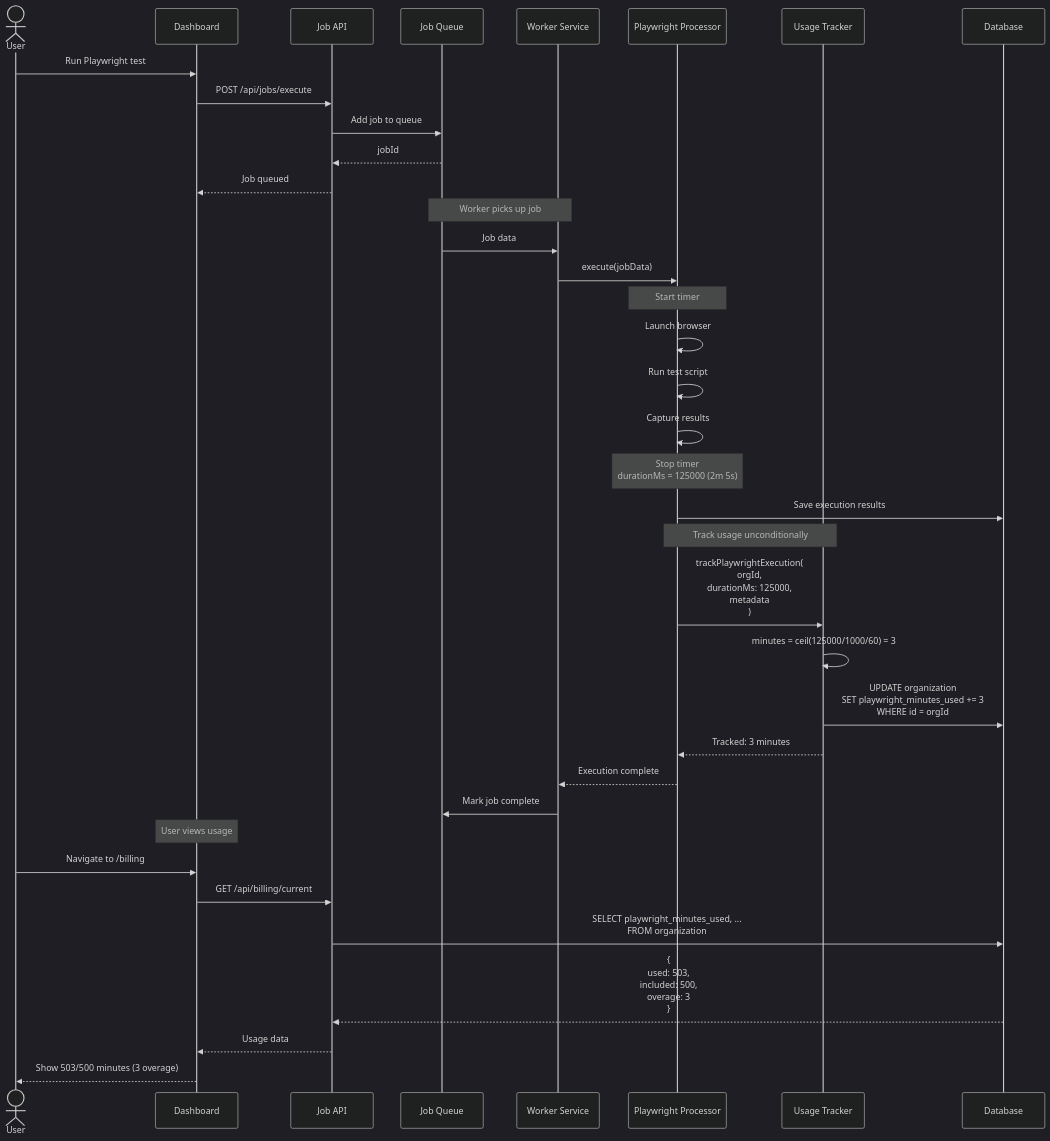
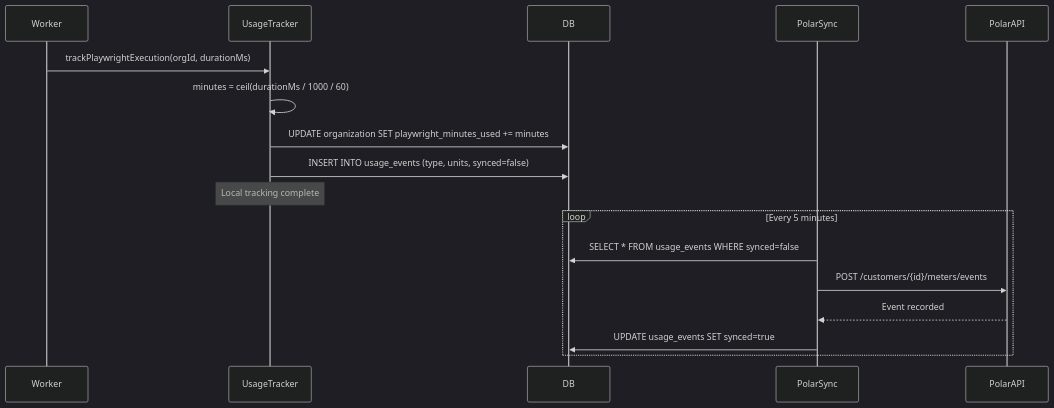
The fourth of 7 diagrams in specs/08-operations/POLAR_BILLING_INTEGRATION.md (supercheck-io/supercheck), drawn with Mermaid (dark theme) before and after one commit. The commit also changed other lines of this file and 36 other files, not shown here.

First line of the commit message:
refactor: Standardize K6 usage tracking from VU-hours to VU-minutes and add usage sync endpoint

````diff
--- a/specs/08-operations/POLAR_BILLING_INTEGRATION.md
+++ b/specs/08-operations/POLAR_BILLING_INTEGRATION.md
@@ -411,51 +933,21 @@
 ```mermaid
 sequenceDiagram
-    actor User
-    participant UI as Dashboard
-    participant API as Job API
-    participant Queue as Job Queue
-    participant Worker as Worker Service
-    participant PWProc as Playwright Processor
-    participant UsageTracker as Usage Tracker
-    participant DB as Database
+    participant Worker
+    participant UsageTracker
+    participant DB
+    participant PolarSync
+    participant PolarAPI
 
-    User->>UI: Run Playwright test
-    UI->>API: POST /api/jobs/execute
-    API->>Queue: Add job to queue
-    Queue-->>API: jobId
-    API-->>UI: Job queued
-
-    Note over Queue,Worker: Worker picks up job
-
-    Queue->>Worker: Job data
-    Worker->>PWProc: execute(jobData)
-
-    Note over PWProc: Start timer
-
-    PWProc->>PWProc: Launch browser
-    PWProc->>PWProc: Run test script
-    PWProc->>PWProc: Capture results
-
-    Note over PWProc: Stop timer<br/>durationMs = 125000 (2m 5s)
-
-    PWProc->>DB: Save execution results
-
-    Note over PWProc,UsageTracker: Track usage unconditionally
-
-    PWProc->>UsageTracker: trackPlaywrightExecution(<br/>  orgId,<br/>  durationMs: 125000,<br/>  metadata<br/>)
-    UsageTracker->>UsageTracker: minutes = ceil(125000/1000/60) = 3
-    UsageTracker->>DB: UPDATE organization<br/>SET playwright_minutes_used += 3<br/>WHERE id = orgId
-    UsageTracker-->>PWProc: Tracked: 3 minutes
-
-    PWProc-->>Worker: Execution complete
-    Worker->>Queue: Mark job complete
-
-    Note over UI: User views usage
-
-    User->>UI: Navigate to /billing
-    UI->>API: GET /api/billing/current
-    API->>DB: SELECT playwright_minutes_used, ...<br/>FROM organization
-    DB-->>API: {<br/>  used: 503,<br/>  included: 500,<br/>  overage: 3<br/>}
-    API-->>UI: Usage data
-    UI-->>User: Show 503/500 minutes (3 overage)
+    Worker->>UsageTracker: trackPlaywrightExecution(orgId, durationMs)
+    UsageTracker->>UsageTracker: minutes = ceil(durationMs / 1000 / 60)
+    UsageTracker->>DB: UPDATE organization SET playwright_minutes_used += minutes
+    UsageTracker->>DB: INSERT INTO usage_events (type, units, synced=false)
+    Note over UsageTracker: Local tracking complete
+    
+    loop Every 5 minutes
+        PolarSync->>DB: SELECT * FROM usage_events WHERE synced=false
+        PolarSync->>PolarAPI: POST /customers/{id}/meters/events
+        PolarAPI-->>PolarSync: Event recorded
+        PolarSync->>DB: UPDATE usage_events SET synced=true
+    end
 ```
````
